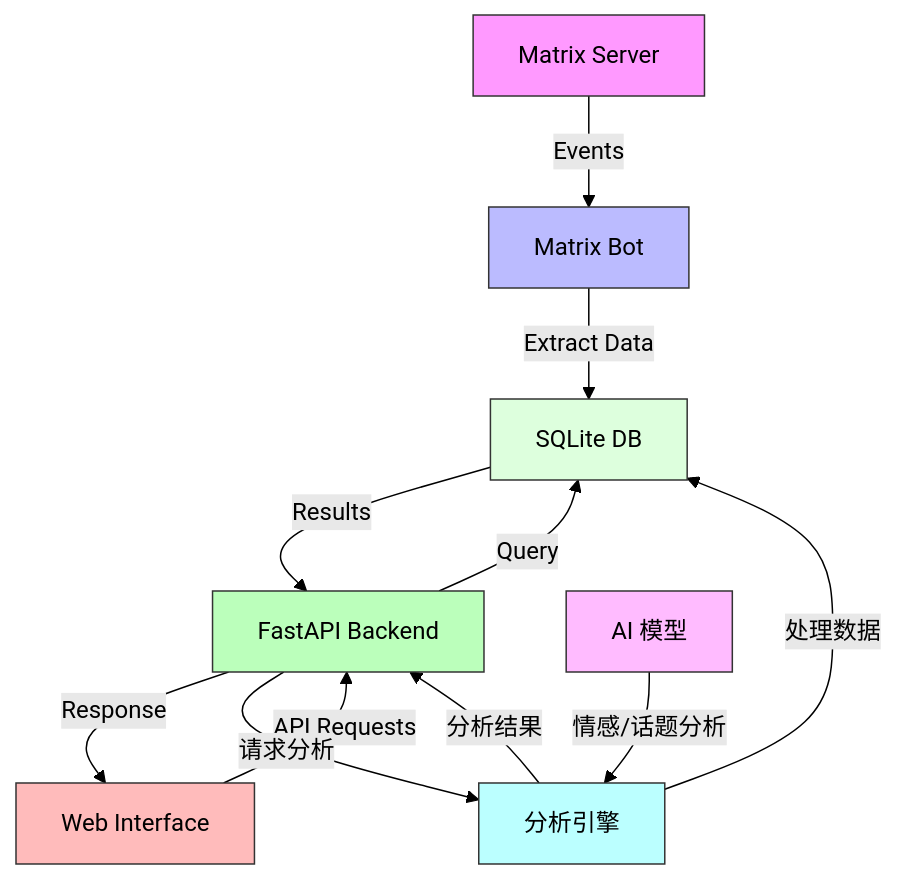
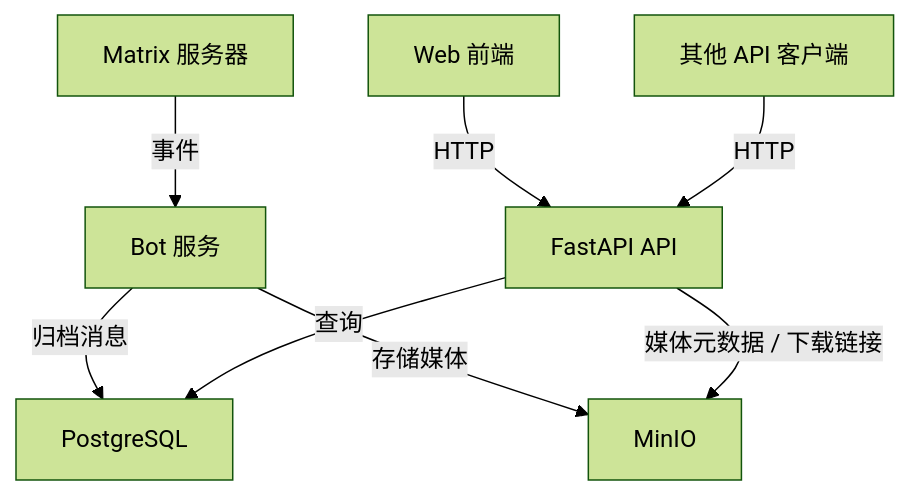
One commit to WeepingDogel/matrix-historian changed the diagram in README_zh.md. Above: the diagram before and after it, drawn with Mermaid (forest theme). The commit also changed other lines of this file and 7 other files, not shown here.

Commit message:
docs: refresh current architecture and frontend docs

````diff
--- a/README_zh.md
+++ b/README_zh.md
@@ -6,22 +7,13 @@
 ```mermaid
 graph TB
-    A[Matrix Server] -->|Events| B[Matrix Bot]
-    B -->|Extract Data| C[SQLite DB]
-    D[Web Interface] -->|API Requests| E[FastAPI Backend]
-    E -->|Query| C
-    C -->|Results| E
-    E -->|Response| D
-    
-    F[分析引擎] -->|处理数据| C
-    E -->|请求分析| F
-    F -->|分析结果| E
-    G[AI 模型] -->|情感/话题分析| F
-    
-    style A fill:#f9f,stroke:#333
-    style B fill:#bbf,stroke:#333
-    style C fill:#dfd,stroke:#333
-    style D fill:#fbb,stroke:#333
-    style E fill:#bfb,stroke:#333
-    style F fill:#bff,stroke:#333
-    style G fill:#fbf,stroke:#333
+    A[Matrix 服务器] -->|事件| B[Bot 服务]
+    B -->|归档消息| C[PostgreSQL]
+    B -->|存储媒体| D[MinIO]
+
+    E[Web 前端]
+    F[其他 API 客户端]
+    E -->|HTTP| G[FastAPI API]
+    F -->|HTTP| G
+    G -->|查询| C
+    G -->|媒体元数据 / 下载链接| D
 ```
````
